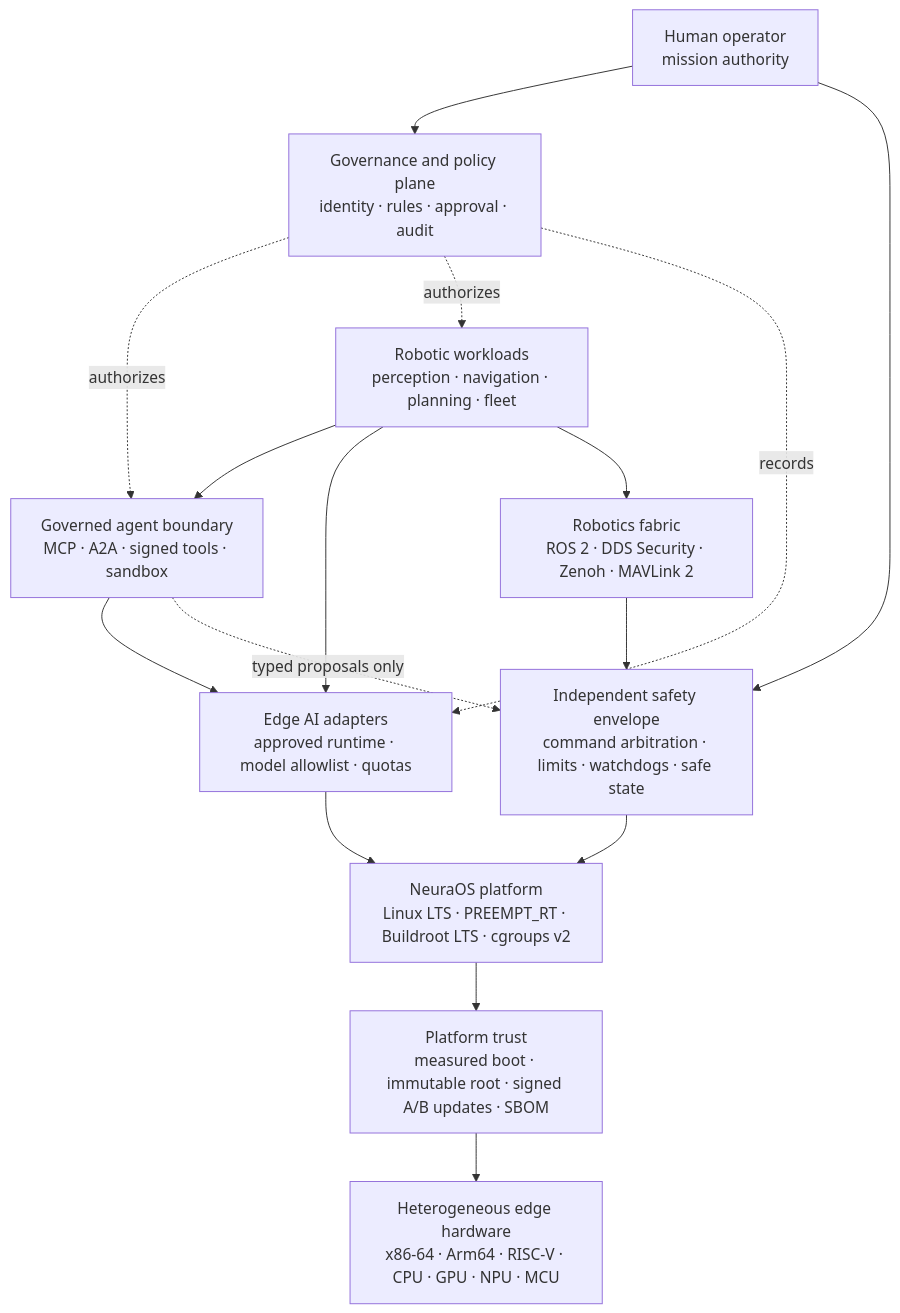
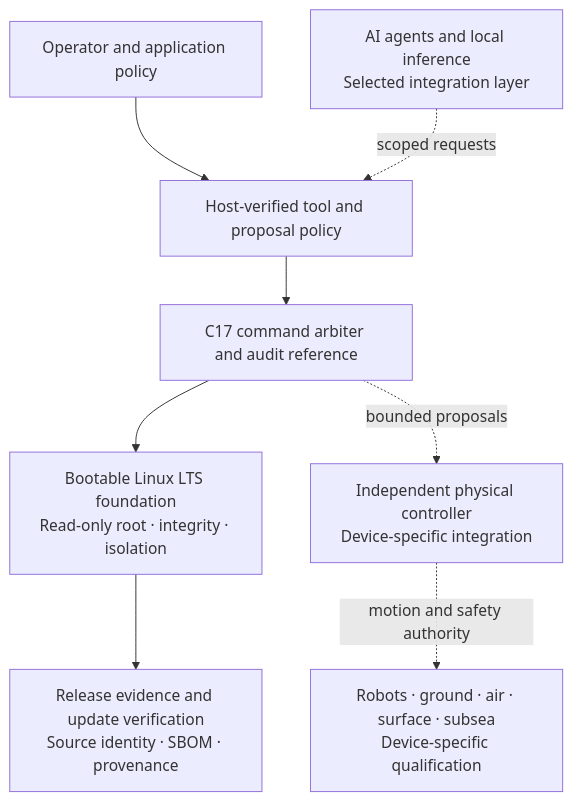
Before and after one commit to neuraparse/neuraos: the diagram in README.md, drawn with Mermaid. The commit also changed other lines of this file, not shown here.

First line of the commit message:
docs: position NeuraOS Public Edition for platform integration

````diff
--- a/README.md
+++ b/README.md
@@ -134,29 +93,19 @@
 ```mermaid
 flowchart TB
-    Operator["Human operator<br/>mission authority"]
-    Governance["Governance and policy plane<br/>identity · rules · approval · audit"]
-    Agent["Governed agent boundary<br/>MCP · A2A · signed tools · sandbox"]
-    Workloads["Robotic workloads<br/>perception · navigation · planning · fleet"]
-    Inference["Edge AI adapters<br/>approved runtime · model allowlist · quotas"]
-    Fabric["Robotics fabric<br/>ROS 2 · DDS Security · Zenoh · MAVLink 2"]
-    Safety["Independent safety envelope<br/>command arbitration · limits · watchdogs · safe state"]
-    Platform["NeuraOS platform<br/>Linux LTS · PREEMPT_RT · Buildroot LTS · cgroups v2"]
-    Trust["Platform trust<br/>measured boot · immutable root · signed A/B updates · SBOM"]
-    Hardware["Heterogeneous edge hardware<br/>x86-64 · Arm64 · RISC-V · CPU · GPU · NPU · MCU"]
+    Operator["Operator and application policy"]
+    Agent["AI agents and local inference<br/>Selected integration layer"]
+    Gateway["Host-verified tool and proposal policy"]
+    Core["C17 command arbiter and audit reference"]
+    OS["Bootable Linux LTS foundation<br/>Read-only root · integrity · isolation"]
+    Trust["Release evidence and update verification<br/>Source identity · SBOM · provenance"]
+    Controller["Independent physical controller<br/>Device-specific integration"]
+    Device["Robots · ground · air · surface · subsea<br/>Device-specific qualification"]
 
-    Operator --> Governance
-    Operator --> Safety
-    Governance -. authorizes .-> Agent
-    Governance -. authorizes .-> Workloads
-    Governance -. records .-> Inference
-    Workloads --> Agent
-    Agent --> Inference
-    Agent -. typed proposals only .-> Safety
-    Workloads --> Inference
-    Workloads --> Fabric
-    Fabric --> Safety
-    Inference --> Platform
-    Safety --> Platform
-    Platform --> Trust
-    Trust --> Hardware
+    Operator --> Gateway
+    Agent -. scoped requests .-> Gateway
+    Gateway --> Core
+    Core --> OS
+    OS --> Trust
+    Core -. bounded proposals .-> Controller
+    Controller -. motion and safety authority .-> Device
 ```
````
